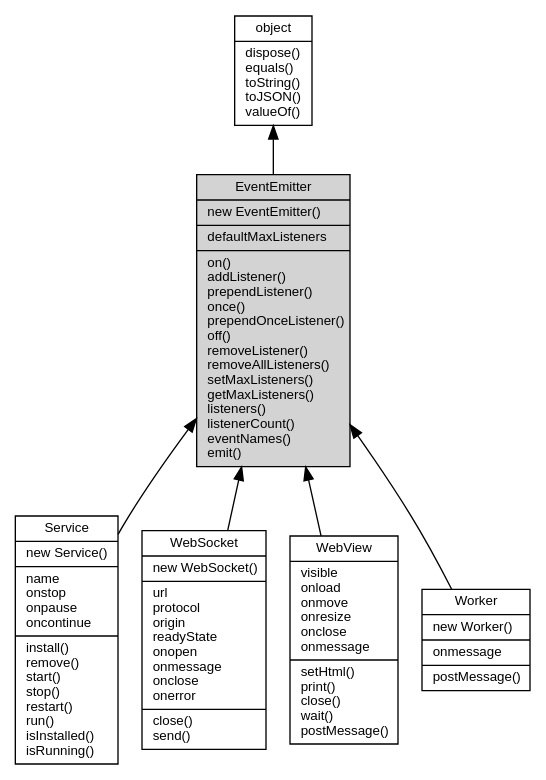
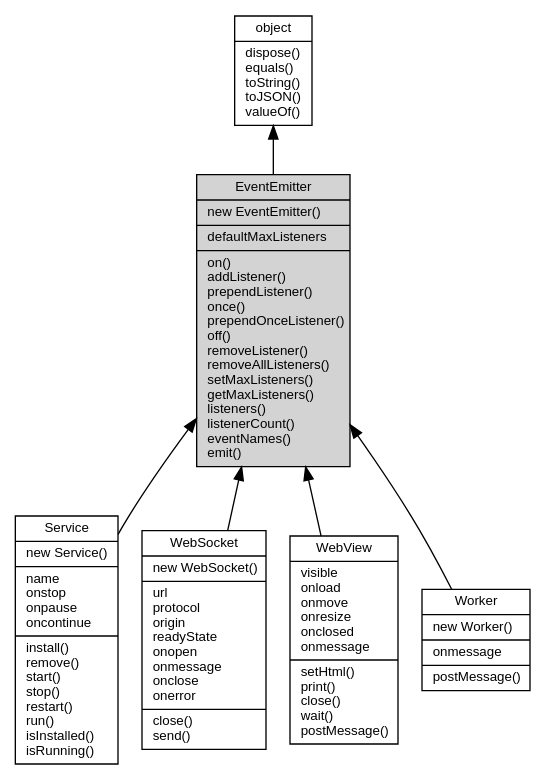
Before and after one commit to fibjs/fibjs.org: the diagram in docs/manual/object/ifs/EventEmitter.md, drawn with Graphviz. The commit also changed 6 other files, not shown here.

````diff
--- a/docs/manual/object/ifs/EventEmitter.md
+++ b/docs/manual/object/ifs/EventEmitter.md
@@ -13,18 +13,18 @@
 ```dot
 digraph {
     node [fontname="Helvetica,sans-Serif", fontsize=10, shape="record", style="filled", fillcolor="white"];
 
     object [tooltip="object", URL="object.md", label="{object|dispose()\lequals()\ltoString()\ltoJSON()\lvalueOf()\l}"];
     EventEmitter [tooltip="EventEmitter", fillcolor="lightgray", label="{EventEmitter|new EventEmitter()\l|defaultMaxListeners\l|on()\laddListener()\lprependListener()\lonce()\lprependOnceListener()\loff()\lremoveListener()\lremoveAllListeners()\lsetMaxListeners()\lgetMaxListeners()\llisteners()\llistenerCount()\leventNames()\lemit()\l}"];
     Service [tooltip="Service", URL="Service.md", label="{Service|new Service()\l|name\lonstop\lonpause\loncontinue\l|install()\lremove()\lstart()\lstop()\lrestart()\lrun()\lisInstalled()\lisRunning()\l}"];
     WebSocket [tooltip="WebSocket", URL="WebSocket.md", label="{WebSocket|new WebSocket()\l|url\lprotocol\lorigin\lreadyState\lonopen\lonmessage\lonclose\lonerror\l|close()\lsend()\l}"];
-    WebView [tooltip="WebView", URL="WebView.md", label="{WebView|visible\lonload\lonmove\lonresize\lonclose\lonmessage\l|setHtml()\lprint()\lclose()\lwait()\lpostMessage()\l}"];
+    WebView [tooltip="WebView", URL="WebView.md", label="{WebView|visible\lonload\lonmove\lonresize\lonclosed\lonmessage\l|setHtml()\lprint()\lclose()\lwait()\lpostMessage()\l}"];
     Worker [tooltip="Worker", URL="Worker.md", label="{Worker|new Worker()\l|onmessage\l|postMessage()\l}"];
 
     object -> EventEmitter [dir=back];
     EventEmitter -> Service [dir=back];
     EventEmitter -> WebSocket [dir=back];
     EventEmitter -> WebView [dir=back];
     EventEmitter -> Worker [dir=back];
 }
 ```
````
